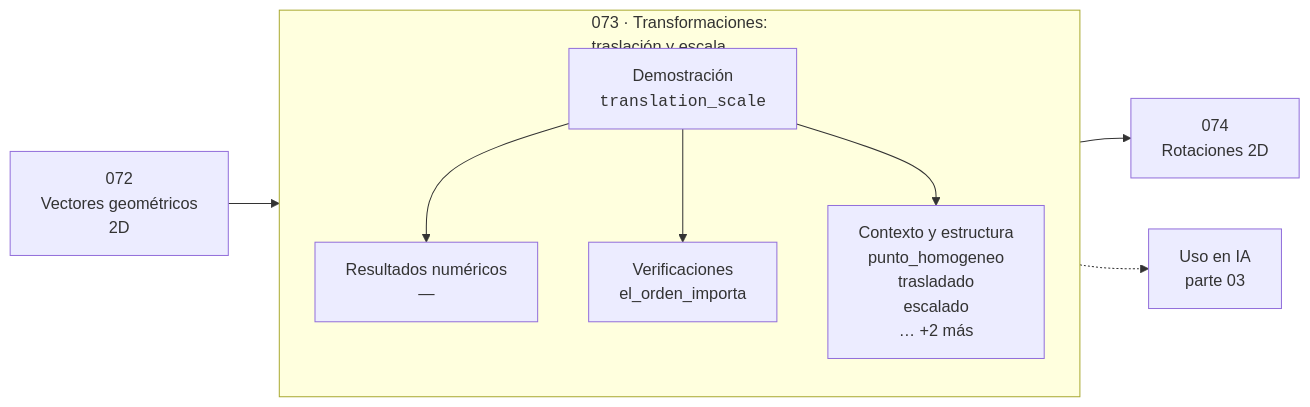
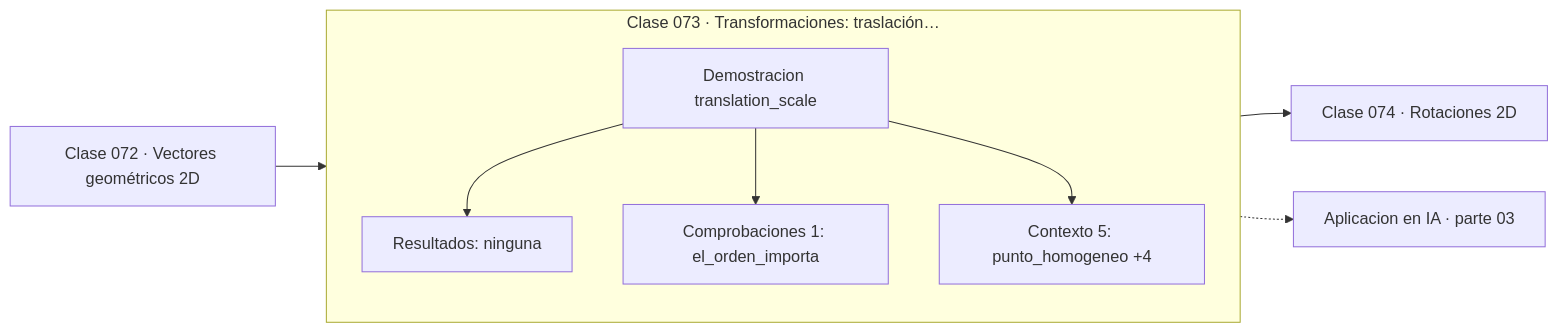
One commit to vladimiracunadev-create/computational-mathematics-program changed the diagram in classes/part-03-geometria-trigonometria-y-geometria-analitica/073-transformaciones-traslacion-y-escala/README.md. Above: the diagram before and after it, drawn with Mermaid. The commit also changed 389 other files, not shown here.

First line of the commit message:
fix(diagramas): elimina el HTML de las etiquetas Mermaid

````diff
--- a/classes/part-03-geometria-trigonometria-y-geometria-analitica/073-transformaciones-traslacion-y-escala/README.md
+++ b/classes/part-03-geometria-trigonometria-y-geometria-analitica/073-transformaciones-traslacion-y-escala/README.md
@@ -36,12 +36,13 @@
 ```mermaid
 flowchart LR
-    P["072<br/>Vectores geométricos<br/>2D"] --> C
-    subgraph C["073 · Transformaciones:<br/>traslación y escala"]
+    P["Clase 072 · Vectores geométricos 2D"] --> D
+    subgraph CLASE["Clase 073 · Transformaciones: traslación…"]
         direction TB
-        D["Demostración<br/><code>translation_scale</code>"] --> R["Resultados numéricos<br/>—"]
-        D --> V["Verificaciones<br/>el_orden_importa"]
-        D --> O["Contexto y estructura<br/>punto_homogeneo<br/>trasladado<br/>escalado<br/>… +2 más"]
+        D["Demostracion translation_scale"]
+        D --> R["Resultados: ninguna"]
+        D --> V["Comprobaciones 1: el_orden_importa"]
+        D --> O["Contexto 5: punto_homogeneo +4"]
     end
-    C --> N["074<br/>Rotaciones 2D"]
-    C -.-> IA["Uso en IA<br/>parte 03"]
+    R --> N["Clase 074 · Rotaciones 2D"]
+    V -.-> IA["Aplicacion en IA · parte 03"]
 ```
````
